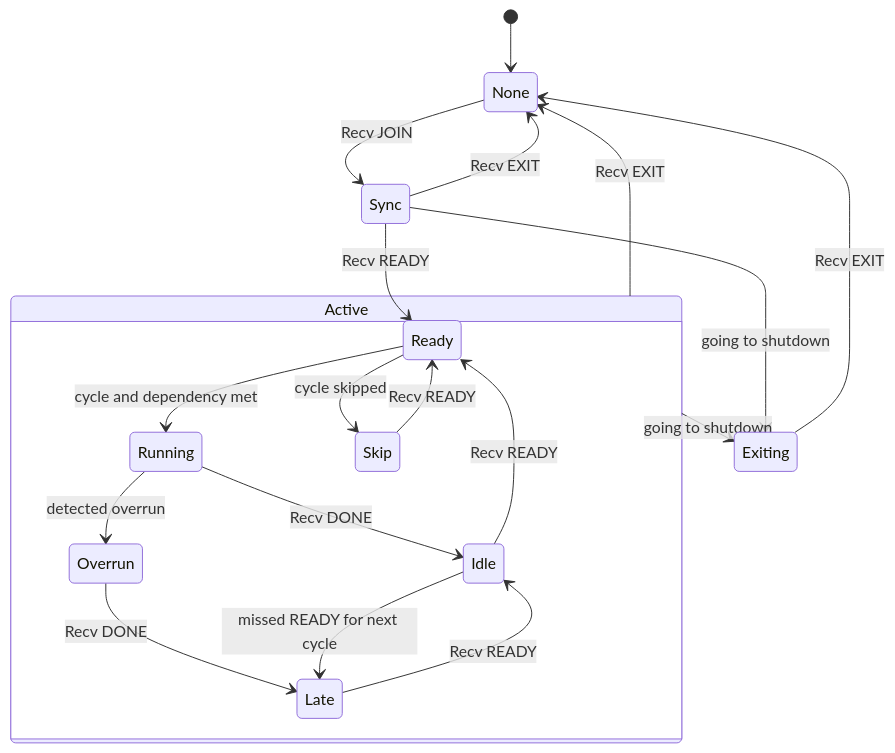
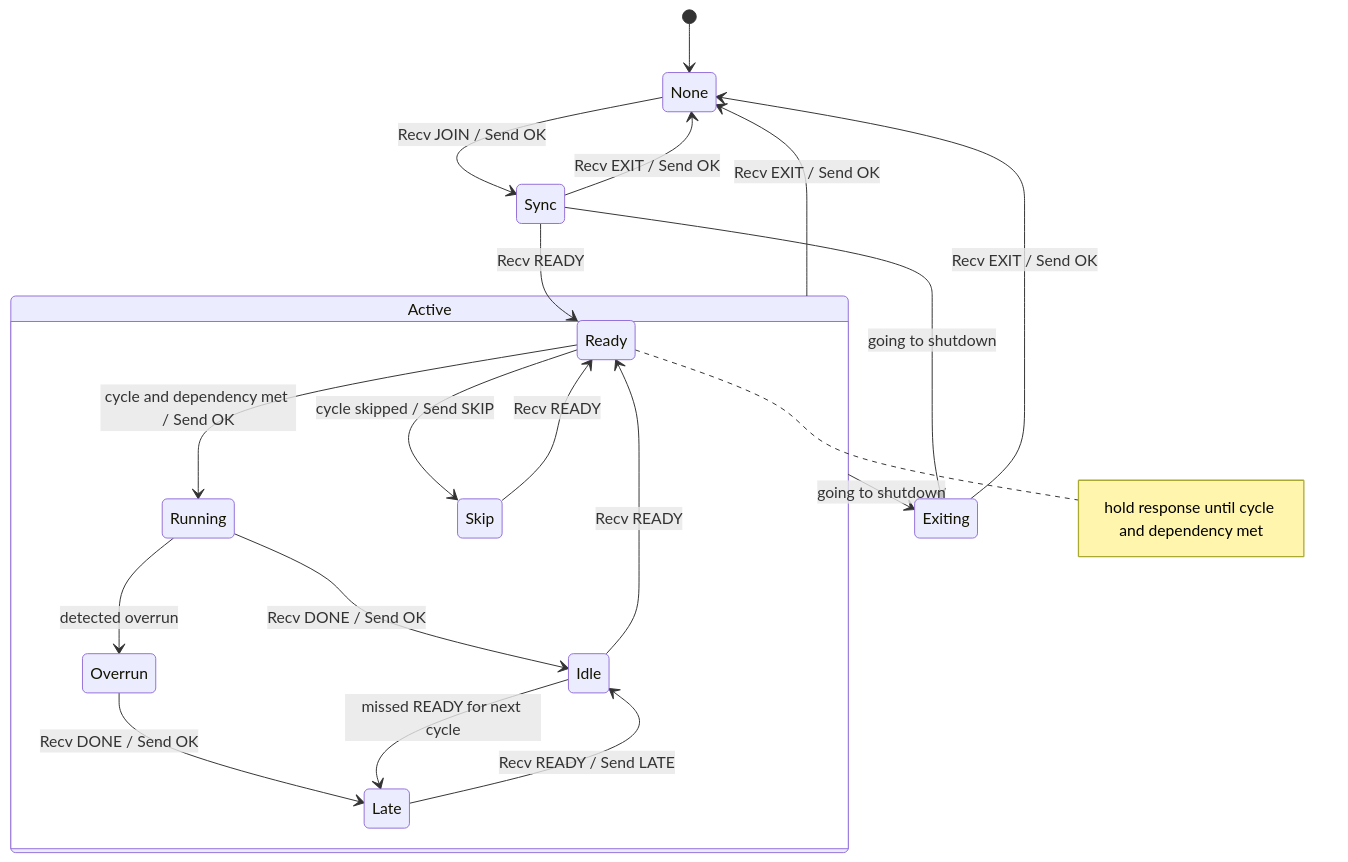
The second of 2 diagrams in docs/state-management.md (nao-kawano/ritsu-scheduler), drawn with Mermaid before and after one commit.

Commit message:
docs: update state management diagram to include server response messages

````diff
--- a/docs/state-management.md
+++ b/docs/state-management.md
@@ -47,27 +47,27 @@
 ```mermaid
 stateDiagram-v2
     [*] --> None
-    None --> Sync : Recv JOIN
+    None --> Sync : Recv JOIN / Send OK
     Sync --> Ready : Recv READY
 
-    Sync --> None : Recv EXIT
+    Sync --> None : Recv EXIT / Send OK
     Sync --> Exiting : going to shutdown
     Active --> Exiting : going to shutdown
-    Exiting --> None : Recv EXIT
-    Active --> None : Recv EXIT
+    Exiting --> None : Recv EXIT / Send OK
+    Active --> None : Recv EXIT / Send OK
 
     State Active {
-        Ready --> Running : cycle and dependency met
-        Running --> Idle : Recv DONE
+        note right of Ready : hold response until cycle and dependency met
+        Ready --> Running : cycle and dependency met / Send OK
+        Running --> Idle : Recv DONE / Send OK
         Idle --> Ready : Recv READY
 
-        Ready --> Skip : cycle skipped
+        Ready --> Skip : cycle skipped / Send SKIP
         Skip --> Ready : Recv READY
 
         Running --> Overrun : detected overrun
-        Overrun --> Late : Recv DONE
-
+        Overrun --> Late : Recv DONE / Send OK
         Idle --> Late : missed READY for next cycle
-        Late --> Idle : Recv READY
+        Late --> Idle : Recv READY / Send LATE
     }
 ```
````
